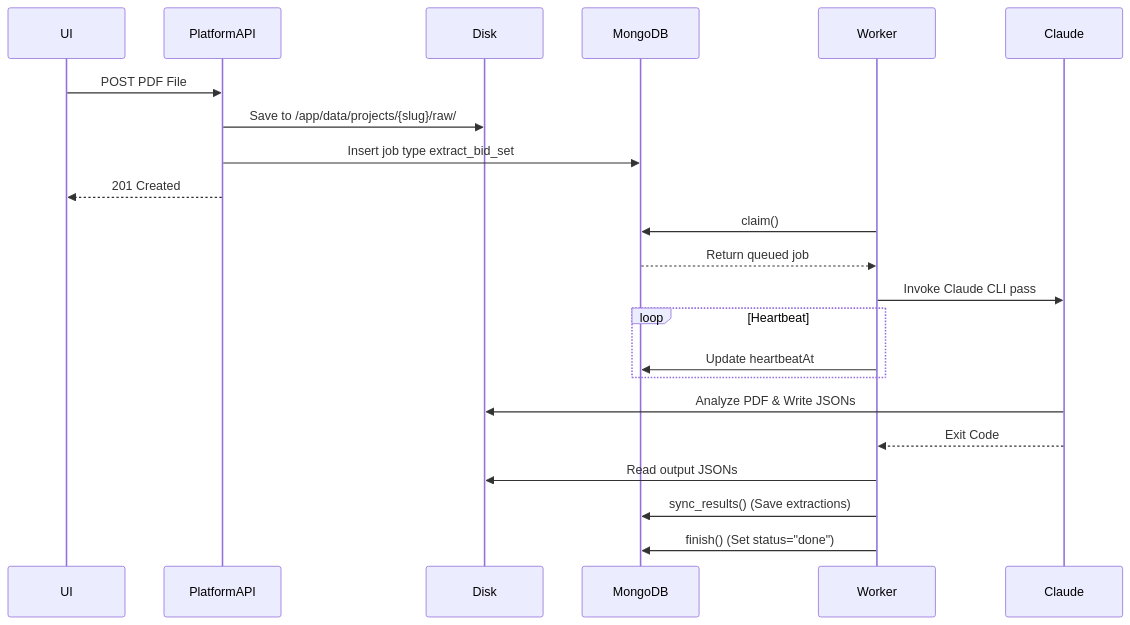
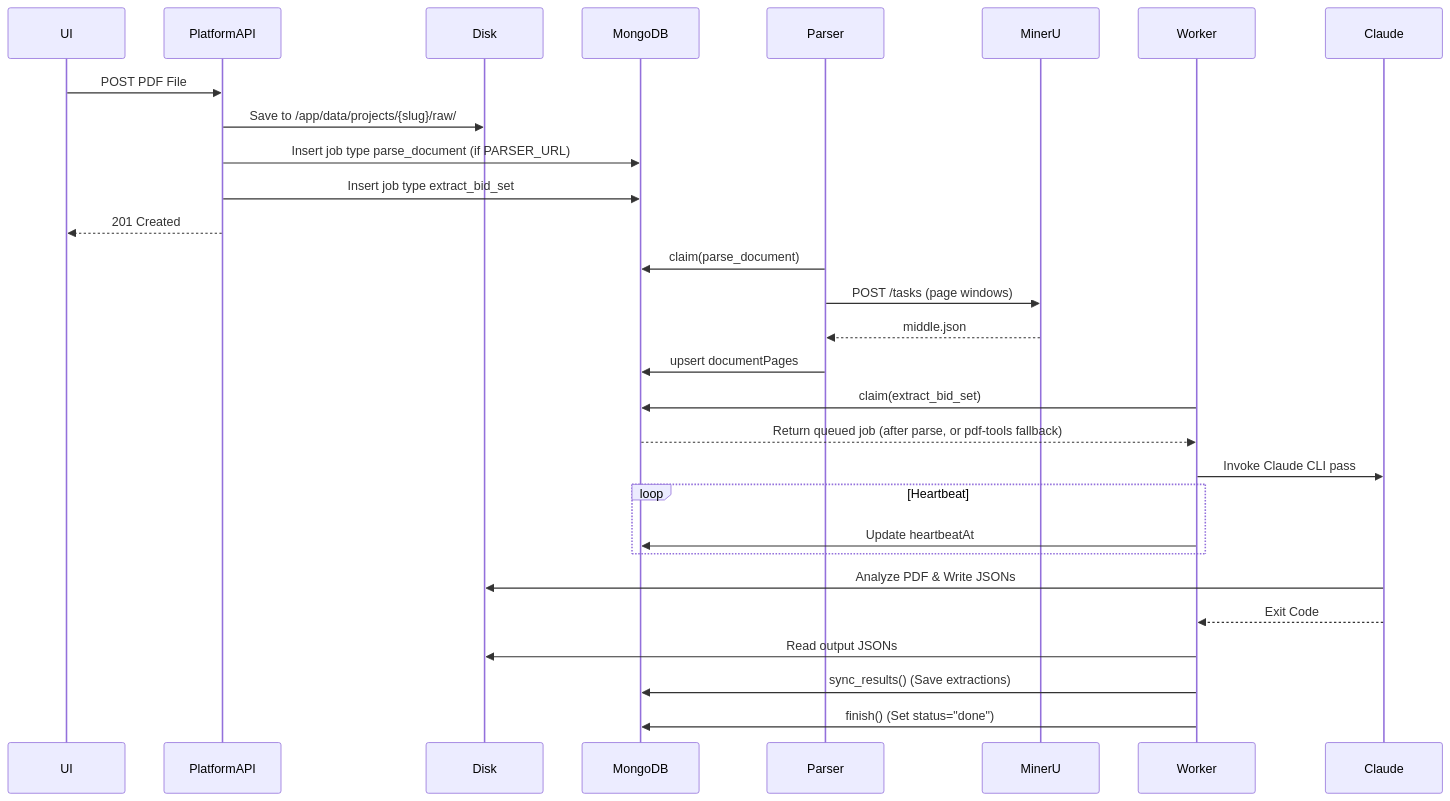
One commit to ppanchal5698/cbc-final changed the third of 3 diagrams in docs/app_lifecycle.md. Above: the diagram before and after it, drawn with Mermaid. The commit also changed other lines of this file and 90 other files, not shown here.

````diff
--- a/docs/app_lifecycle.md
+++ b/docs/app_lifecycle.md
@@ -116,25 +120,33 @@
 ```mermaid
 sequenceDiagram
     participant UI
     participant PlatformAPI
     participant Disk
     participant MongoDB
+    participant Parser
+    participant MinerU
     participant Worker
     participant Claude
     UI->>PlatformAPI: POST PDF File
     PlatformAPI->>Disk: Save to /app/data/projects/{slug}/raw/
+    PlatformAPI->>MongoDB: Insert job type parse_document (if PARSER_URL)
     PlatformAPI->>MongoDB: Insert job type extract_bid_set
     PlatformAPI-->>UI: 201 Created
-    
-    Worker->>MongoDB: claim()
-    MongoDB-->>Worker: Return queued job
+
+    Parser->>MongoDB: claim(parse_document)
+    Parser->>MinerU: POST /tasks (page windows)
+    MinerU-->>Parser: middle.json
+    Parser->>MongoDB: upsert documentPages
+
+    Worker->>MongoDB: claim(extract_bid_set)
+    MongoDB-->>Worker: Return queued job (after parse, or pdf-tools fallback)
     Worker->>Claude: Invoke Claude CLI pass
     loop Heartbeat
         Worker->>MongoDB: Update heartbeatAt
     end
     Claude->>Disk: Analyze PDF & Write JSONs
     Claude-->>Worker: Exit Code
     Worker->>Disk: Read output JSONs
     Worker->>MongoDB: sync_results() (Save extractions)
     Worker->>MongoDB: finish() (Set status="done")
 ```
````
